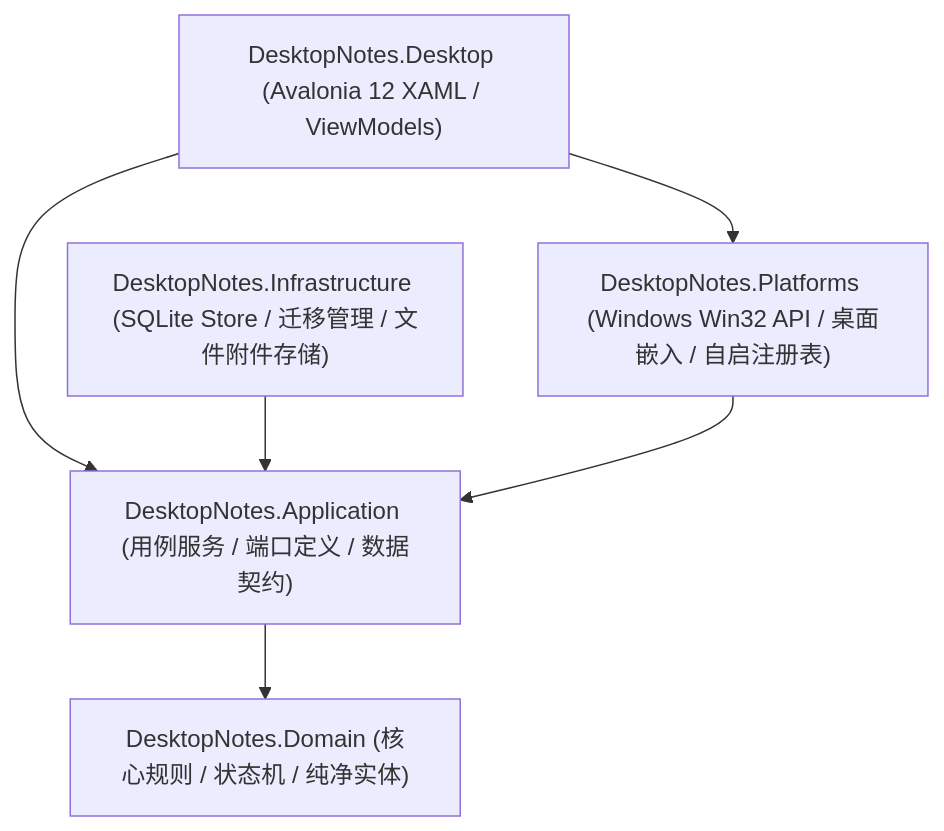
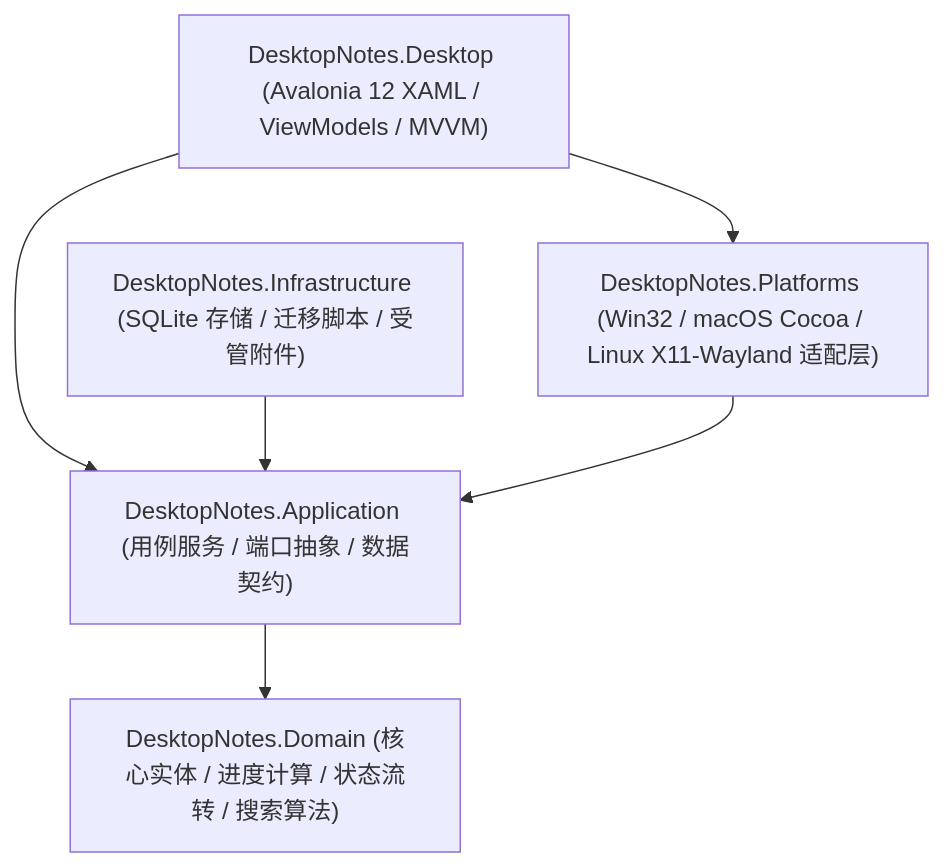
Before and after one commit to jiageibuuuyi/e-note: the diagram in README.md, drawn with Mermaid. The commit also changed other lines of this file and 5 other files, not shown here.

Commit message:
docs: 全面升级 README.md 为图文并茂开源主页，并将安装包与展示名称统一更名为 e-node v1.0

````diff
--- a/README.md
+++ b/README.md
@@ -133,14 +211,14 @@
 ```mermaid
 graph TD
-    UI["DesktopNotes.Desktop (Avalonia 12 XAML / ViewModels)"]
-    APP["DesktopNotes.Application (用例服务 / 端口定义 / 数据契约)"]
-    DOM["DesktopNotes.Domain (核心规则 / 状态机 / 纯净实体)"]
-    INFRA["DesktopNotes.Infrastructure (SQLite Store / 迁移管理 / 文件附件存储)"]
-    PLAT["DesktopNotes.Platforms (Windows Win32 API / 桌面嵌入 / 自启注册表)"]
+    UI["DesktopNotes.Desktop (Avalonia 12 XAML / ViewModels / MVVM)"]
+    APP["DesktopNotes.Application (用例服务 / 端口抽象 / 数据契约)"]
+    DOM["DesktopNotes.Domain (核心实体 / 进度计算 / 状态流转 / 搜索算法)"]
+    INFRA["DesktopNotes.Infrastructure (SQLite 存储 / 迁移脚本 / 受管附件)"]
+    PLAT["DesktopNotes.Platforms (Win32 / macOS Cocoa / Linux X11-Wayland 适配层)"]
 
     UI --> APP
     UI --> PLAT
     APP --> DOM
     INFRA --> APP
     PLAT --> APP
 ```
````
